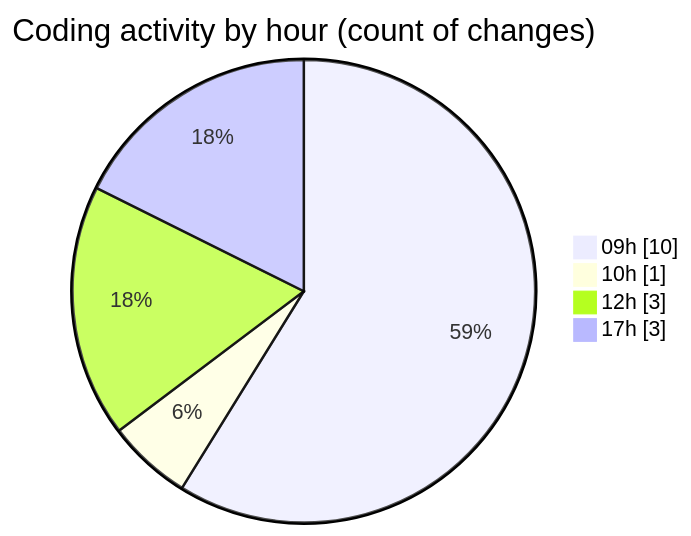
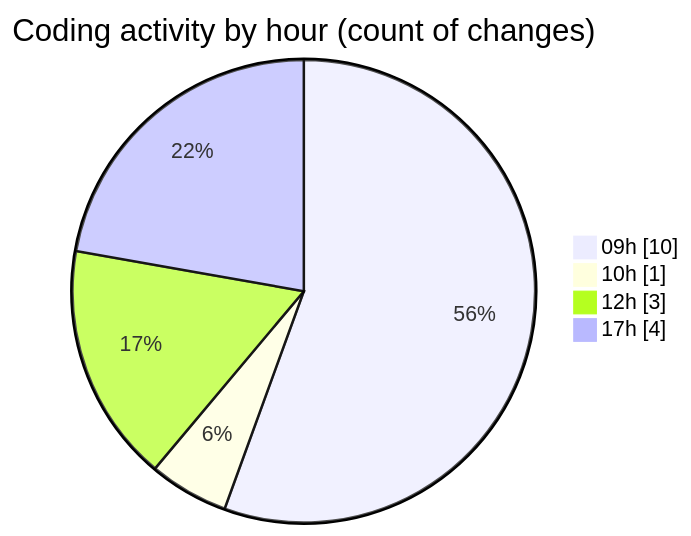
Before and after one commit to julien-gomy/code-tracking: the second of 2 diagrams in 2025-11-13/eventscop-frontend-guide__workspace_/README.md, drawn with Mermaid. The commit also changed other lines of this file and 1 other file, not shown here.

````diff
--- a/2025-11-13/eventscop-frontend-guide__workspace_/README.md
+++ b/2025-11-13/eventscop-frontend-guide__workspace_/README.md
@@ -35,8 +36,8 @@
 ```mermaid
 pie showData
 title Coding activity by hour (count of changes)
 "09h" : 10
 "10h" : 1
 "12h" : 3
-"17h" : 3
+"17h" : 4
 ```
````
